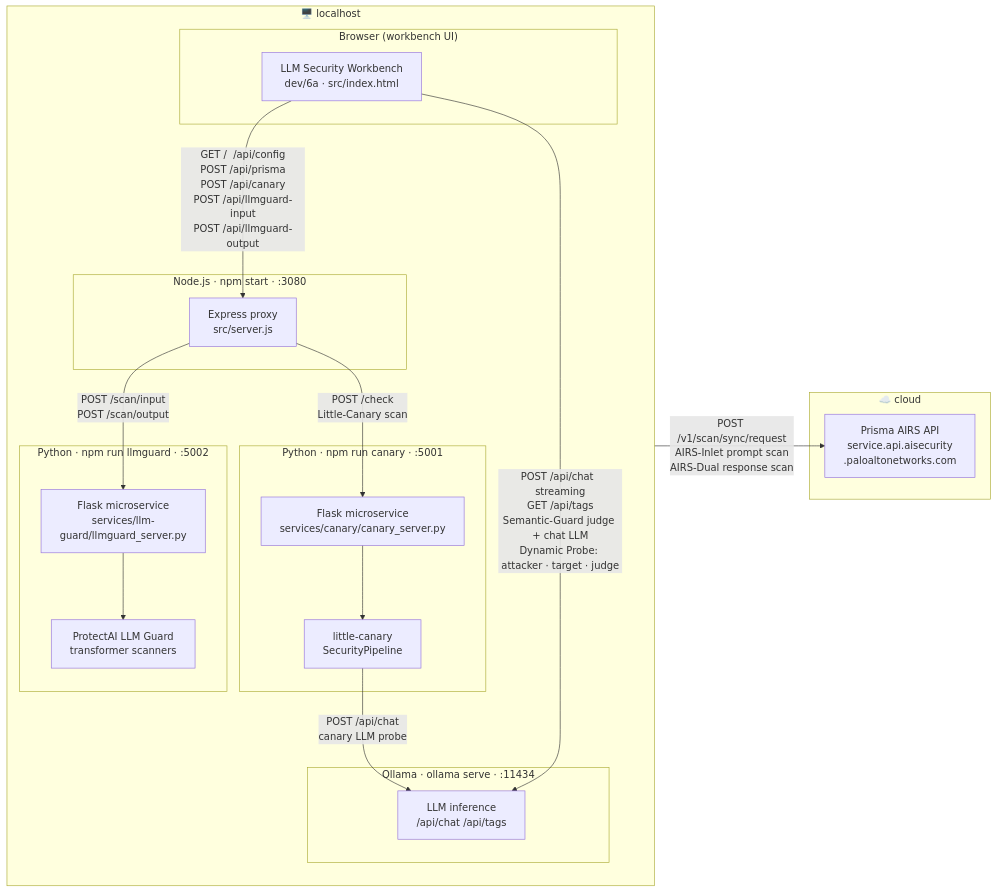
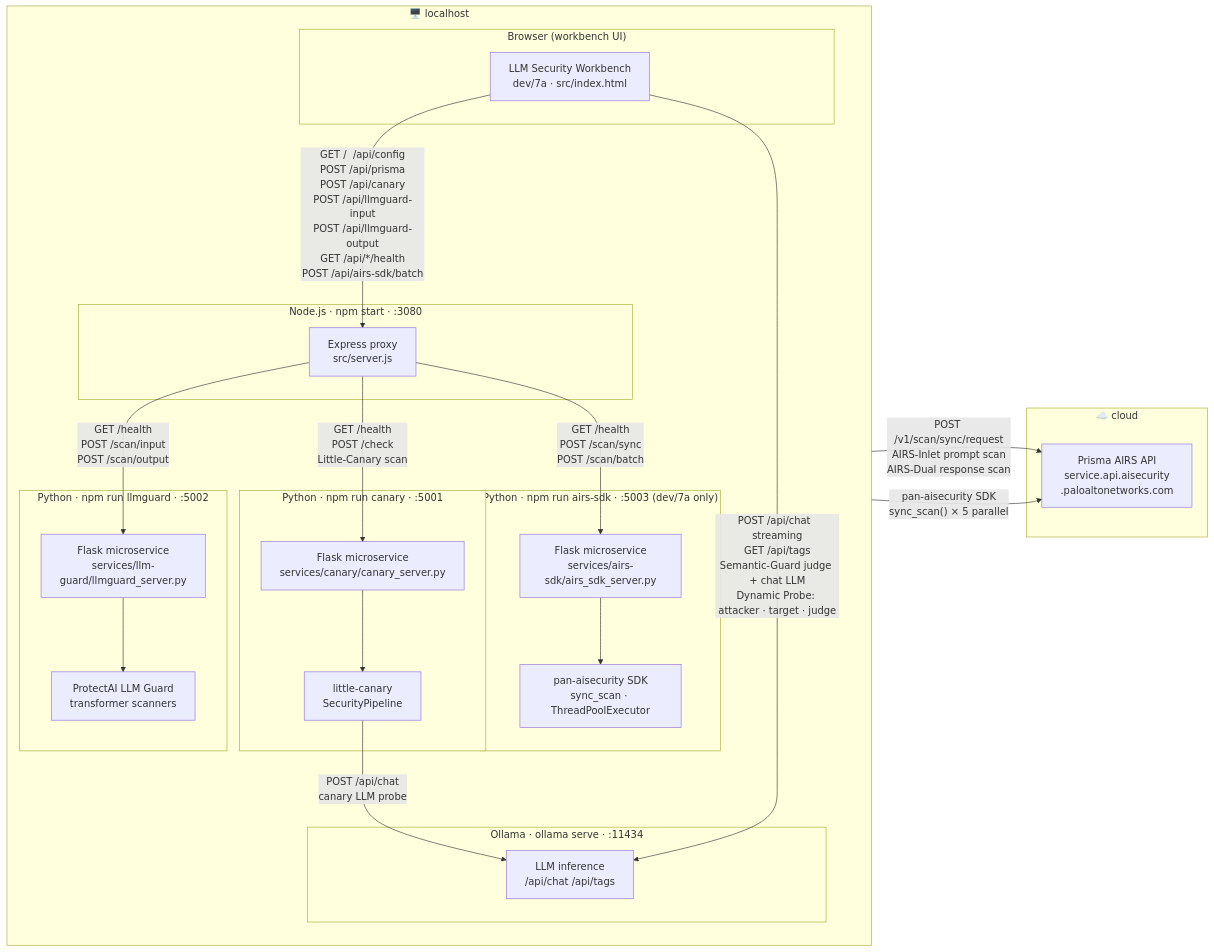
One commit to packetcraft/llm-security-workbench changed the second of 2 diagrams in docs/ARCHITECTURE.md. Above: the diagram before and after it, drawn with Mermaid. The commit also changed other lines of this file and 10 other files, not shown here.

````diff
--- a/docs/ARCHITECTURE.md
+++ b/docs/ARCHITECTURE.md
@@ -96,52 +96,64 @@
 ```mermaid
 graph LR
     subgraph LOCAL ["🖥️  localhost"]
         direction TB
 
         subgraph BROWSER ["Browser (workbench UI)"]
-            UI["LLM Security Workbench\ndev/6a · src/index.html"]
+            UI["LLM Security Workbench\ndev/7a · src/index.html"]
         end
 
         subgraph NODE ["Node.js · npm start · :3080"]
             PROXY["Express proxy\nsrc/server.js"]
         end
 
         subgraph LGFLASK ["Python · npm run llmguard · :5002"]
             LGSERV["Flask microservice\nservices/llm-guard/llmguard_server.py"]
             LGSCAN["ProtectAI LLM Guard\ntransformer scanners"]
             LGSERV --> LGSCAN
         end
 
         subgraph PYTHON ["Python · npm run canary · :5001"]
             FLASK["Flask microservice\nservices/canary/canary_server.py"]
             LC["little-canary\nSecurityPipeline"]
             FLASK --> LC
         end
 
+        subgraph SDKFLASK ["Python · npm run airs-sdk · :5003  (dev/7a only)"]
+            SDKSERV["Flask microservice\nservices/airs-sdk/airs_sdk_server.py"]
+            PANSDK["pan-aisecurity SDK\nsync_scan · ThreadPoolExecutor"]
+            SDKSERV --> PANSDK
+        end
+
         subgraph OLLAMA ["Ollama · ollama serve · :11434"]
             OLL["LLM inference\n/api/chat  /api/tags"]
         end
     end
 
     subgraph CLOUD ["☁️  cloud"]
         AIRS["Prisma AIRS API\nservice.api.aisecurity\n.paloaltonetworks.com"]
     end
 
     %% Browser → Node proxy
-    UI -- "GET /  /api/config\nPOST /api/prisma\nPOST /api/canary\nPOST /api/llmguard-input\nPOST /api/llmguard-output" --> PROXY
+    UI -- "GET /  /api/config\nPOST /api/prisma\nPOST /api/canary\nPOST /api/llmguard-input\nPOST /api/llmguard-output\nGET /api/*/health\nPOST /api/airs-sdk/batch" --> PROXY
 
     %% Browser → Ollama direct (streaming + non-streaming)
     UI -- "POST /api/chat  streaming\nGET /api/tags\nSemantic-Guard judge + chat LLM\nDynamic Probe: attacker · target · judge" --> OLL
 
     %% Node → Prisma AIRS (cloud)
     PROXY -- "POST /v1/scan/sync/request\nAIRS-Inlet prompt scan\nAIRS-Dual response scan" --> AIRS
 
     %% Node → LLM Guard Flask
-    PROXY -- "POST /scan/input\nPOST /scan/output" --> LGSERV
+    PROXY -- "GET /health\nPOST /scan/input\nPOST /scan/output" --> LGSERV
 
     %% Node → Little-Canary Flask
-    PROXY -- "POST /check\nLittle-Canary scan" --> FLASK
+    PROXY -- "GET /health\nPOST /check\nLittle-Canary scan" --> FLASK
+
+    %% Node → AIRS SDK Flask
+    PROXY -- "GET /health\nPOST /scan/sync\nPOST /scan/batch" --> SDKSERV
+
+    %% SDK → Prisma AIRS (cloud)
+    PANSDK -- "pan-aisecurity SDK\nsync_scan() × 5 parallel" --> AIRS
 
     %% Flask → Ollama (canary probe)
     LC -- "POST /api/chat\ncanary LLM probe" --> OLL
 ```
````
